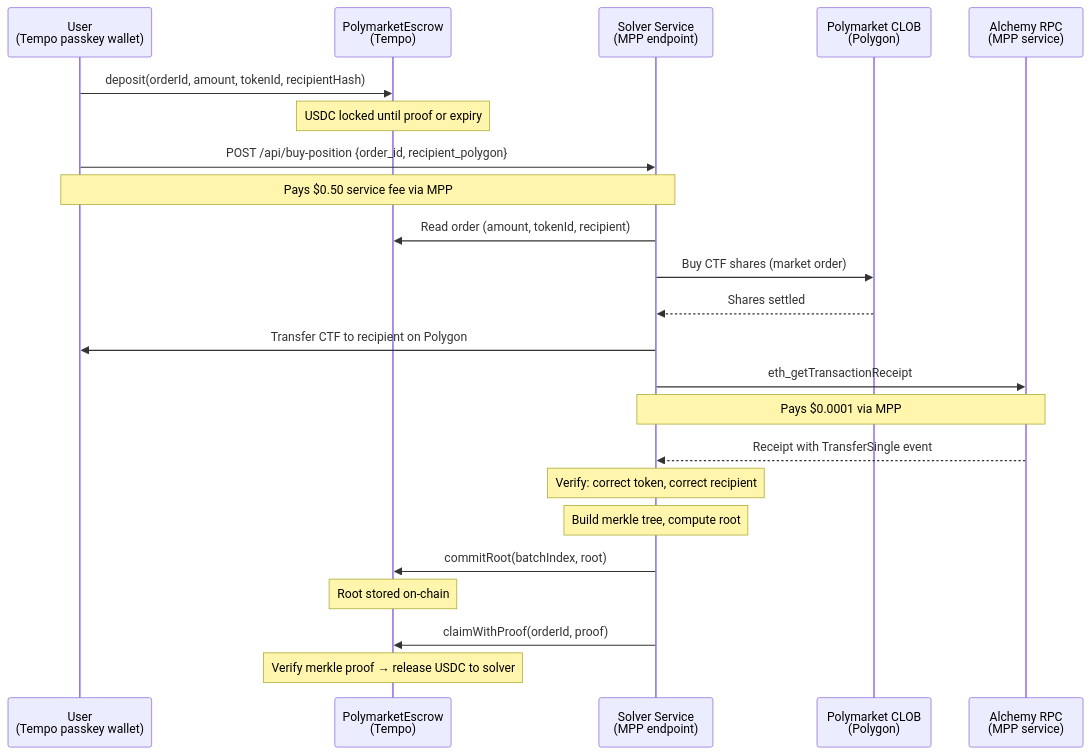
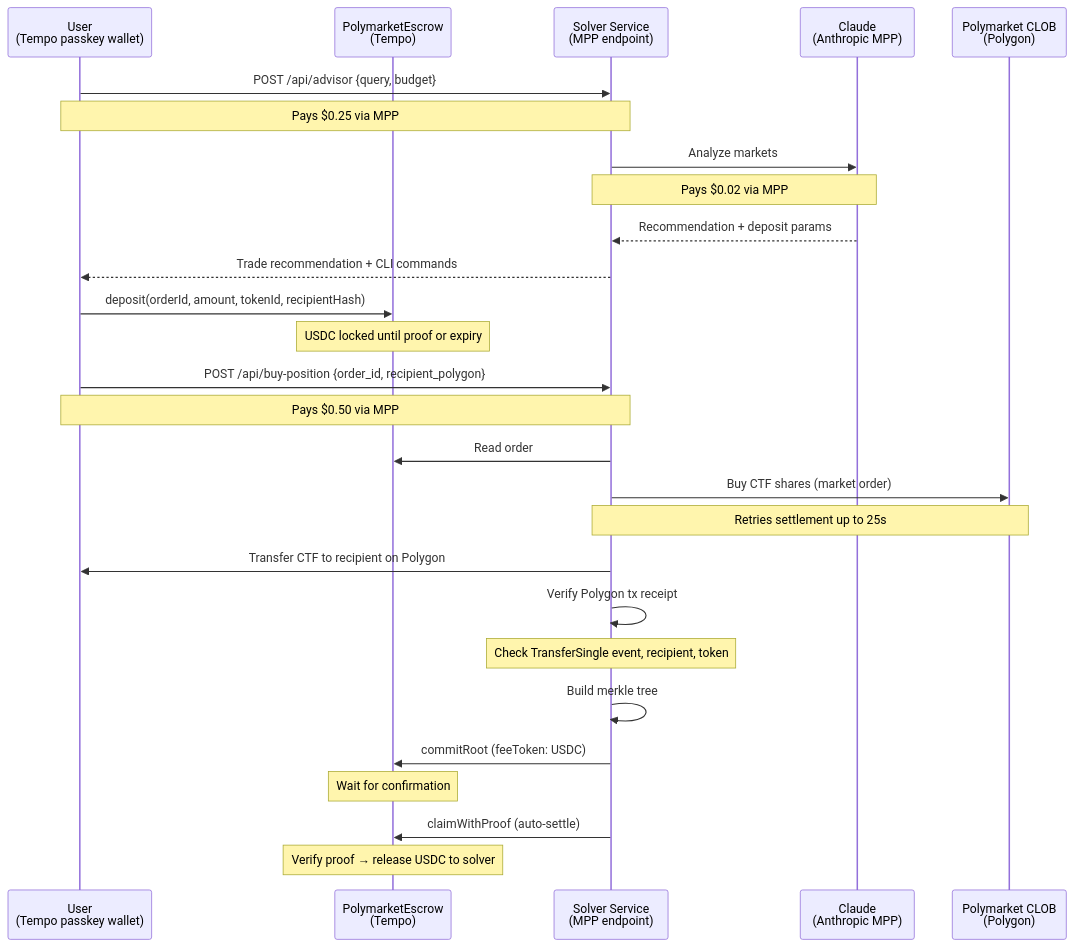
The diagram in README.md (evchip/tempo_mpp_hackathon_solver_as_a_service), drawn with Mermaid before and after one commit. The commit also changed other lines of this file, not shown here.

````diff
--- a/README.md
+++ b/README.md
@@ -9,32 +11,35 @@
 ```mermaid
 sequenceDiagram
     participant User as User<br/>(Tempo passkey wallet)
     participant Escrow as PolymarketEscrow<br/>(Tempo)
     participant Solver as Solver Service<br/>(MPP endpoint)
+    participant Claude as Claude<br/>(Anthropic MPP)
     participant CLOB as Polymarket CLOB<br/>(Polygon)
-    participant Alchemy as Alchemy RPC<br/>(MPP service)
+
+    User->>Solver: POST /api/advisor {query, budget}
+    Note over User,Solver: Pays $0.25 via MPP
+    Solver->>Claude: Analyze markets
+    Note over Solver,Claude: Pays $0.02 via MPP
+    Claude-->>Solver: Recommendation + deposit params
+    Solver-->>User: Trade recommendation + CLI commands
 
     User->>Escrow: deposit(orderId, amount, tokenId, recipientHash)
     Note over Escrow: USDC locked until proof or expiry
 
     User->>Solver: POST /api/buy-position {order_id, recipient_polygon}
-    Note over User,Solver: Pays $0.50 service fee via MPP
+    Note over User,Solver: Pays $0.50 via MPP
 
-    Solver->>Escrow: Read order (amount, tokenId, recipient)
+    Solver->>Escrow: Read order
     Solver->>CLOB: Buy CTF shares (market order)
-    CLOB-->>Solver: Shares settled
+    Note over Solver,CLOB: Retries settlement up to 25s
     Solver->>User: Transfer CTF to recipient on Polygon
 
-    Solver->>Alchemy: eth_getTransactionReceipt
-    Note over Solver,Alchemy: Pays $0.0001 via MPP
-    Alchemy-->>Solver: Receipt with TransferSingle event
+    Solver->>Solver: Verify Polygon tx receipt
+    Note over Solver: Check TransferSingle event, recipient, token
 
-    Note over Solver: Verify: correct token, correct recipient
-    Note over Solver: Build merkle tree, compute root
-
-    Solver->>Escrow: commitRoot(batchIndex, root)
-    Note over Escrow: Root stored on-chain
-
-    Solver->>Escrow: claimWithProof(orderId, proof)
-    Note over Escrow: Verify merkle proof → release USDC to solver
+    Solver->>Solver: Build merkle tree
+    Solver->>Escrow: commitRoot (feeToken: USDC)
+    Note over Escrow: Wait for confirmation
+    Solver->>Escrow: claimWithProof (auto-settle)
+    Note over Escrow: Verify proof → release USDC to solver
 ```
````
